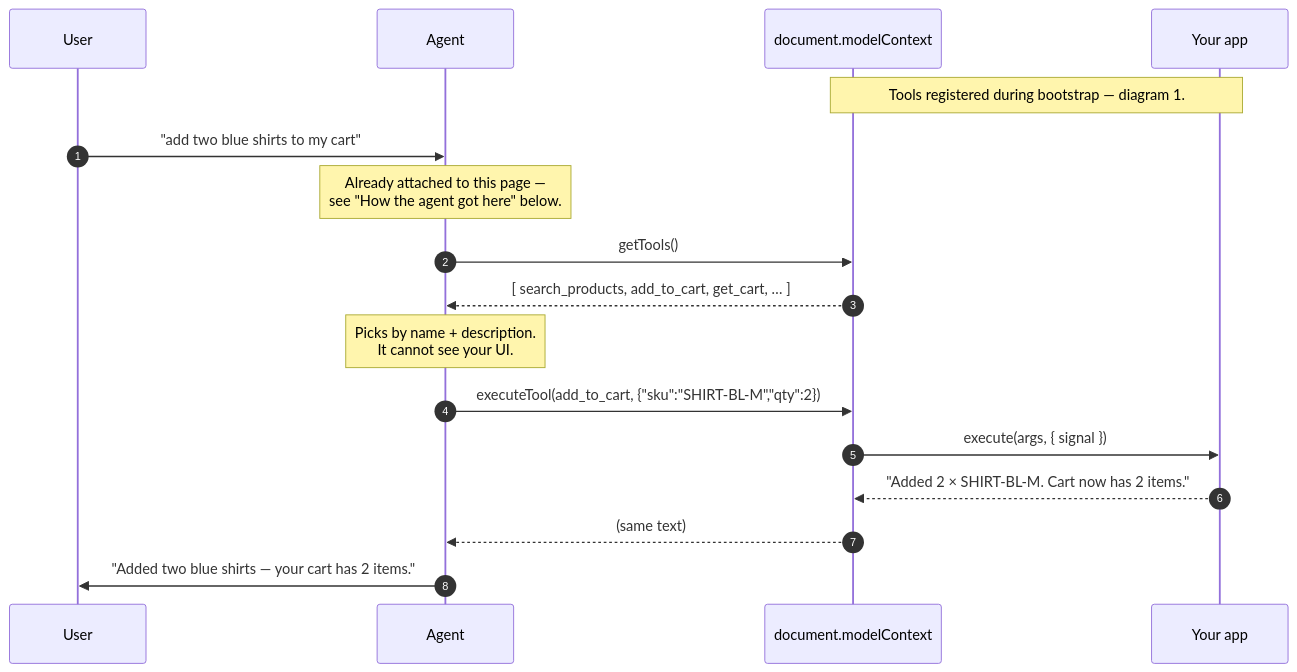
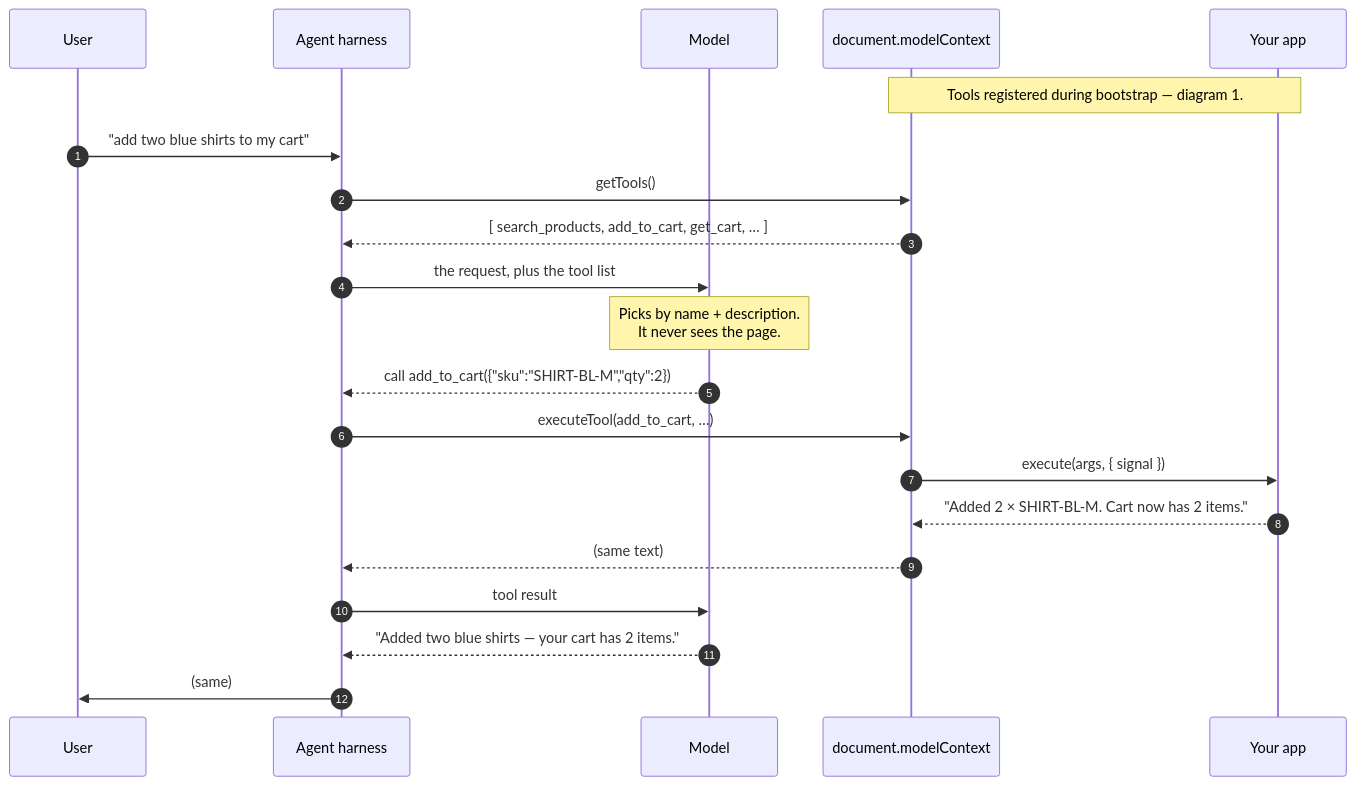
One commit to hasan1985/webmcp-angular changed the second of 10 diagrams in docs/architecture/07-lifecycle-sequence.md. Above: the diagram before and after it, drawn with Mermaid. The commit also changed other lines of this file, not shown here.

Commit message:
split the agent lane into harness and model in diagram 2
Reported as a contradiction, and it was one: the diagram showed "Agent" calling
getTools() while the surrounding discussion said a model never calls it. Both were
true at different granularities, and collapsing them into one lane hid exactly the
distinction that matters.

An agent is a harness plus a model. The harness -- a browser feature, a chat
component, an MCP client -- is the only half that touches document.modelContext; it
calls getTools() and executeTool(). The model never sees the page. It is handed the
tool list and replies with a name and arguments, because tool-calling is a feature
of the model API rather than of WebMCP.

So the question "how does the model know to call getTools()" has no answer: it never
does. That is now stated where the question arises rather than left to be inferred.

````diff
--- a/docs/architecture/07-lifecycle-sequence.md
+++ b/docs/architecture/07-lifecycle-sequence.md
@@ -65,23 +65,28 @@
 ```mermaid
 sequenceDiagram
     autonumber
     participant User
-    participant Agent
+    participant Harness as Agent harness
+    participant Model
     participant MC as document.modelContext
     participant App as Your app
 
     Note over MC,App: Tools registered during bootstrap — diagram 1.
 
-    User->>Agent: "add two blue shirts to my cart"
-    Note over Agent: Already attached to this page —<br/>see "How the agent got here" below.
-    Agent->>MC: getTools()
-    MC-->>Agent: [ search_products, add_to_cart, get_cart, … ]
-    Note over Agent: Picks by name + description.<br/>It cannot see your UI.
+    User->>Harness: "add two blue shirts to my cart"
+    Harness->>MC: getTools()
+    MC-->>Harness: [ search_products, add_to_cart, get_cart, … ]
+    Harness->>Model: the request, plus the tool list
 
-    Agent->>MC: executeTool(add_to_cart, {"sku":"SHIRT-BL-M","qty":2})
+    Note over Model: Picks by name + description.<br/>It never sees the page.
+    Model-->>Harness: call add_to_cart({"sku":"SHIRT-BL-M","qty":2})
+
+    Harness->>MC: executeTool(add_to_cart, …)
     MC->>App: execute(args, { signal })
     App-->>MC: "Added 2 × SHIRT-BL-M. Cart now has 2 items."
-    MC-->>Agent: (same text)
+    MC-->>Harness: (same text)
 
-    Agent->>User: "Added two blue shirts — your cart has 2 items."
+    Harness->>Model: tool result
+    Model-->>Harness: "Added two blue shirts — your cart has 2 items."
+    Harness->>User: (same)
 ```
````
